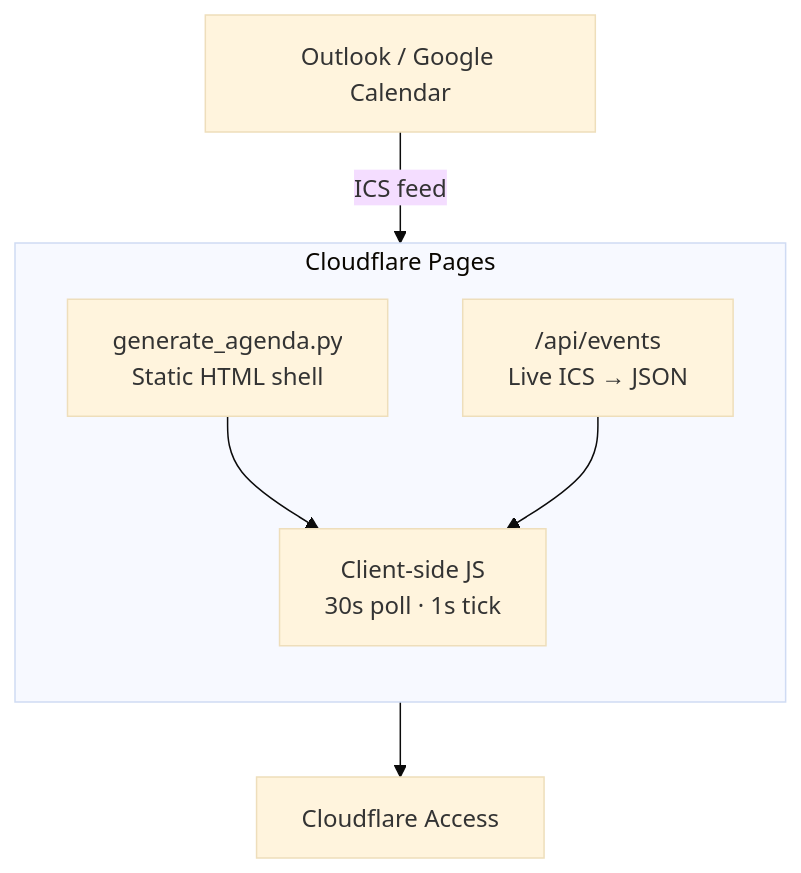
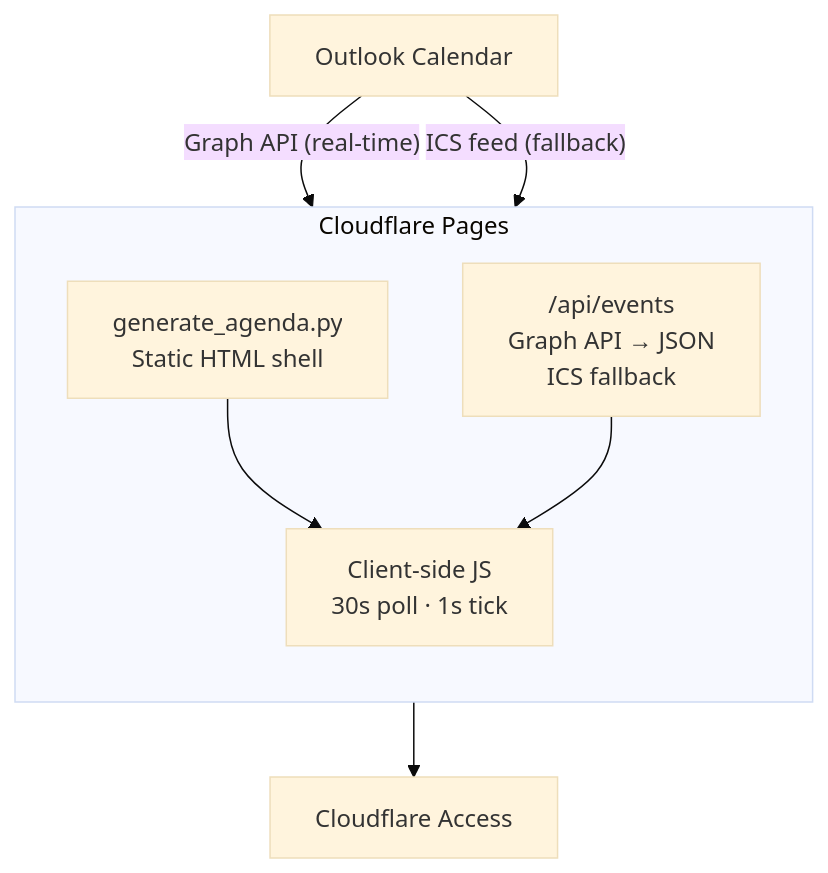
The diagram in README.md (franktomasello/github-actions-live-agenda), drawn with Mermaid (base theme) before and after one commit. The commit also changed other lines of this file and 2 other files, not shown here.

First line of the commit message:
Add Microsoft Graph API for real-time calendar updates

````diff
--- a/README.md
+++ b/README.md
@@ -25,15 +25,16 @@
 ```mermaid
 flowchart TB
-    A["Outlook / Google Calendar"] -- "ICS feed" --> B
+    A["Outlook Calendar"] -- "Graph API (real-time)" --> B
+    A -- "ICS feed (fallback)" --> B
 
     subgraph B ["Cloudflare Pages"]
         direction TB
         C["generate_agenda.py<br/>Static HTML shell"]
-        D["/api/events<br/>Live ICS → JSON"]
+        D["/api/events<br/>Graph API → JSON<br/>ICS fallback"]
         E["Client-side JS<br/>30s poll · 1s tick"]
         C --> E
         D --> E
     end
 
     E --> F["Cloudflare Access"]
 ```
````
